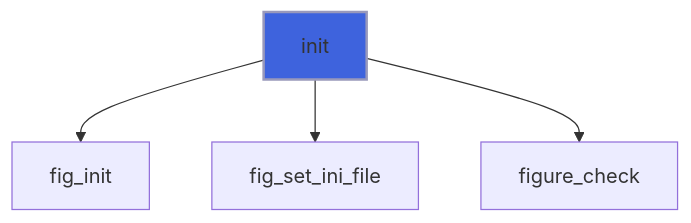
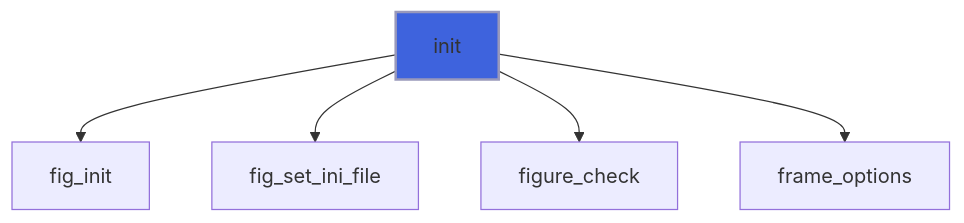
Before and after one commit to szaghi/figure: the second of 34 diagrams in docs/api/src/lib/figure_app.md, drawn with Mermaid. The commit also changed other lines of this file and 3 other files, not shown here.

````diff
--- a/docs/api/src/lib/figure_app.md
+++ b/docs/api/src/lib/figure_app.md
@@ -144,7 +158,8 @@
 ```mermaid
 flowchart TD
   init["init"] --> fig_init["fig_init"]
   init["init"] --> fig_set_ini_file["fig_set_ini_file"]
   init["init"] --> figure_check["figure_check"]
+  init["init"] --> frame_options["frame_options"]
   style init fill:#3e63dd,stroke:#99b,stroke-width:2px
 ```
````
